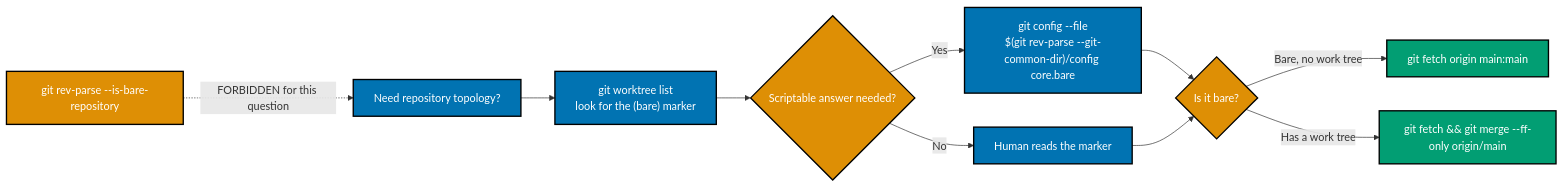
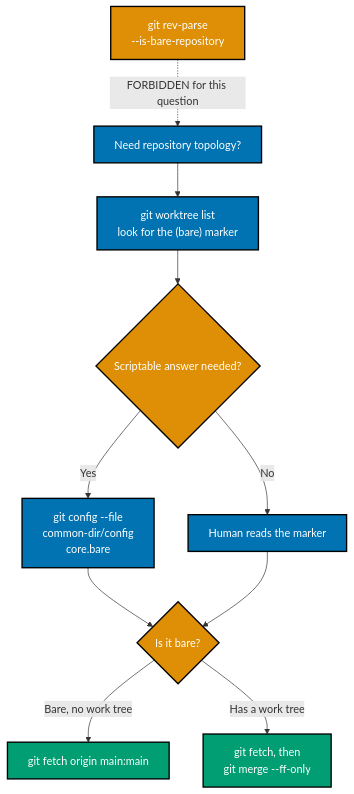
Before and after one commit to wahidyankf/baseerah: the third of 5 diagrams in plans/backlog/bare-repo-governance-hardening/tech-docs.md, drawn with Mermaid. The commit also changed other lines of this file and 20 other files, not shown here.

First line of the commit message:
fix(docs): remediate mermaid violations surfaced by the detect_kind fix

````diff
--- a/plans/backlog/bare-repo-governance-hardening/tech-docs.md
+++ b/plans/backlog/bare-repo-governance-hardening/tech-docs.md
@@ -68,21 +70,24 @@
 ```mermaid
 %% Color palette: Blue #0173B2, Orange #DE8F05, Teal #029E73
-flowchart LR
+%% TD required: this decision chain is 7 nodes deep; as LR that depth is the
+%% checked horizontal axis and exceeds MaxWidth=4. TD keeps depth on the
+%% unchecked vertical axis (Diagrams Convention, Flowchart Width Constraints).
+graph TD
     Q["Need repository topology?"] --> A["git worktree list<br/>look for the (bare) marker"]
     A --> S{"Scriptable answer needed?"}
-    S -->|"Yes"| C["git config --file<br/>$(git rev-parse --git-common-dir)/config core.bare"]
+    S -->|"Yes"| C["git config --file<br/>common-dir/config<br/>core.bare"]
     S -->|"No"| H["Human reads the marker"]
     C --> T{"Is it bare?"}
     H --> T
     T -->|"Bare, no work tree"| R1["git fetch origin main:main"]
-    T -->|"Has a work tree"| R2["git fetch && git merge --ff-only origin/main"]
-    X["git rev-parse --is-bare-repository"] -.->|"FORBIDDEN for this question"| Q
+    T -->|"Has a work tree"| R2["git fetch, then<br/>git merge --ff-only"]
+    X["git rev-parse<br/>--is-bare-repository"] -.->|"FORBIDDEN for this question"| Q
 
     classDef blue fill:#0173B2,stroke:#000000,color:#FFFFFF,stroke-width:2px
     classDef orange fill:#DE8F05,stroke:#000000,color:#FFFFFF,stroke-width:2px
     classDef teal fill:#029E73,stroke:#000000,color:#FFFFFF,stroke-width:2px
     class Q,A,C,H blue
     class S,T orange
     class R1,R2 teal
     class X orange
 ```
````
